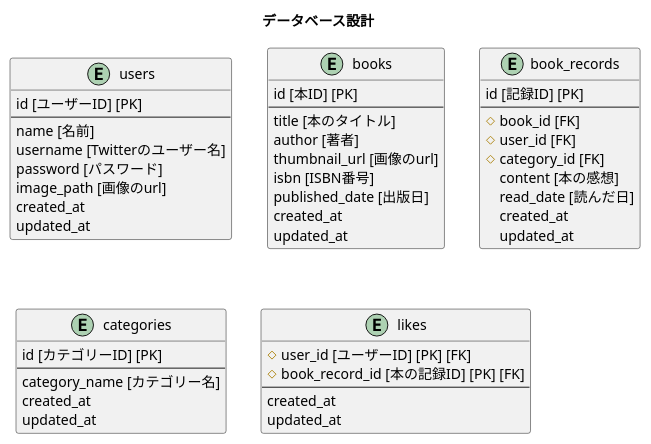
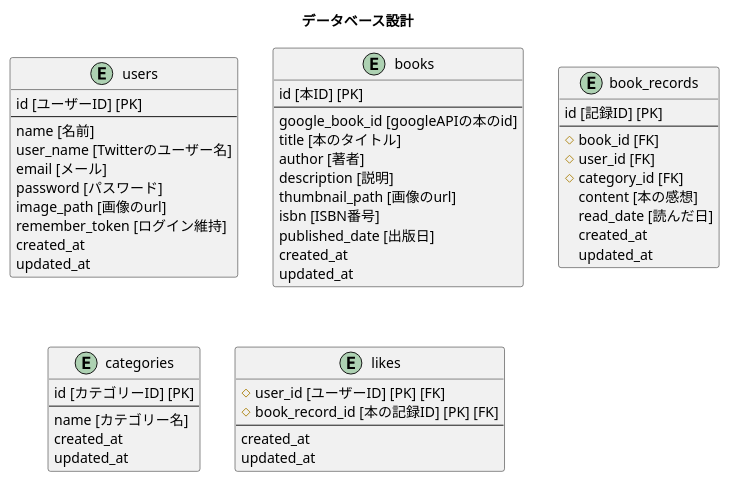
Before and after one commit to ts-maki/book-record: the diagram in book_record.pu, drawn with PlantUML.

Commit message:
ER図更新

```diff
--- a/book_record.pu
+++ b/book_record.pu
@@ -1,56 +1,60 @@
 @startuml book_record
 title データベース設計
 
 entity users {
     id [ユーザーID] [PK] 
     --
     name [名前]
-    username [Twitterのユーザー名]
+    user_name [Twitterのユーザー名]
+    email [メール]
     password [パスワード]
     image_path [画像のurl]
+    remember_token [ログイン維持]
     created_at
     updated_at
 }
 
 entity books {
     id [本ID] [PK] 
     --
+    google_book_id [googleAPIの本のid]
     title [本のタイトル]
     author [著者]
-    thumbnail_url [画像のurl]
+    description [説明]
+    thumbnail_path [画像のurl]
     isbn [ISBN番号]
     published_date [出版日]
     created_at
     updated_at
 }
 
 entity book_records {
     id [記録ID] [PK]
     --
     # book_id [FK]
     # user_id [FK]
     # category_id [FK]
     content [本の感想]
     read_date [読んだ日]
     created_at
     updated_at
 }
 
 entity categories {
     id [カテゴリーID] [PK]
     --
-    category_name [カテゴリー名]
+    name [カテゴリー名]
     created_at
     updated_at
 }
 
 
 entity likes {
     # user_id [ユーザーID] [PK] [FK]
     # book_record_id [本の記録ID] [PK] [FK]
     --
     created_at
     updated_at
 }
 
 @enduml
```
